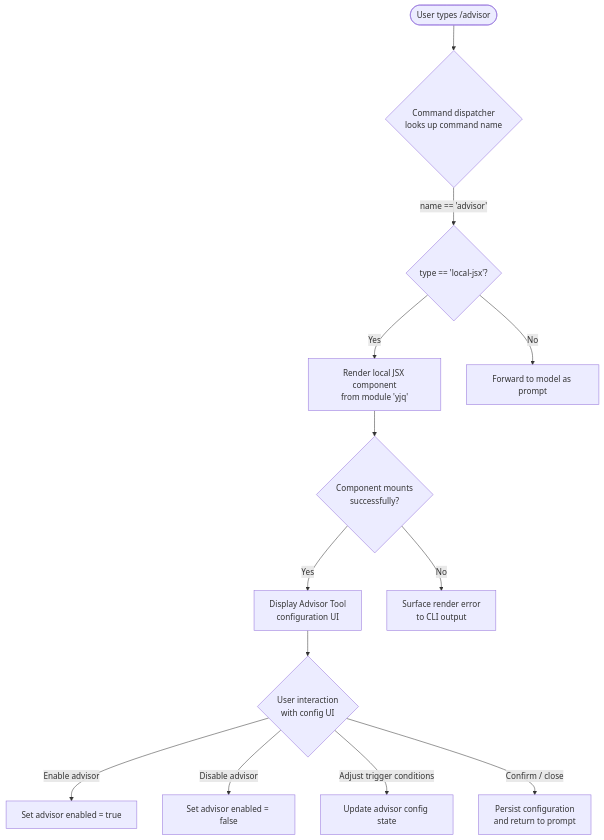
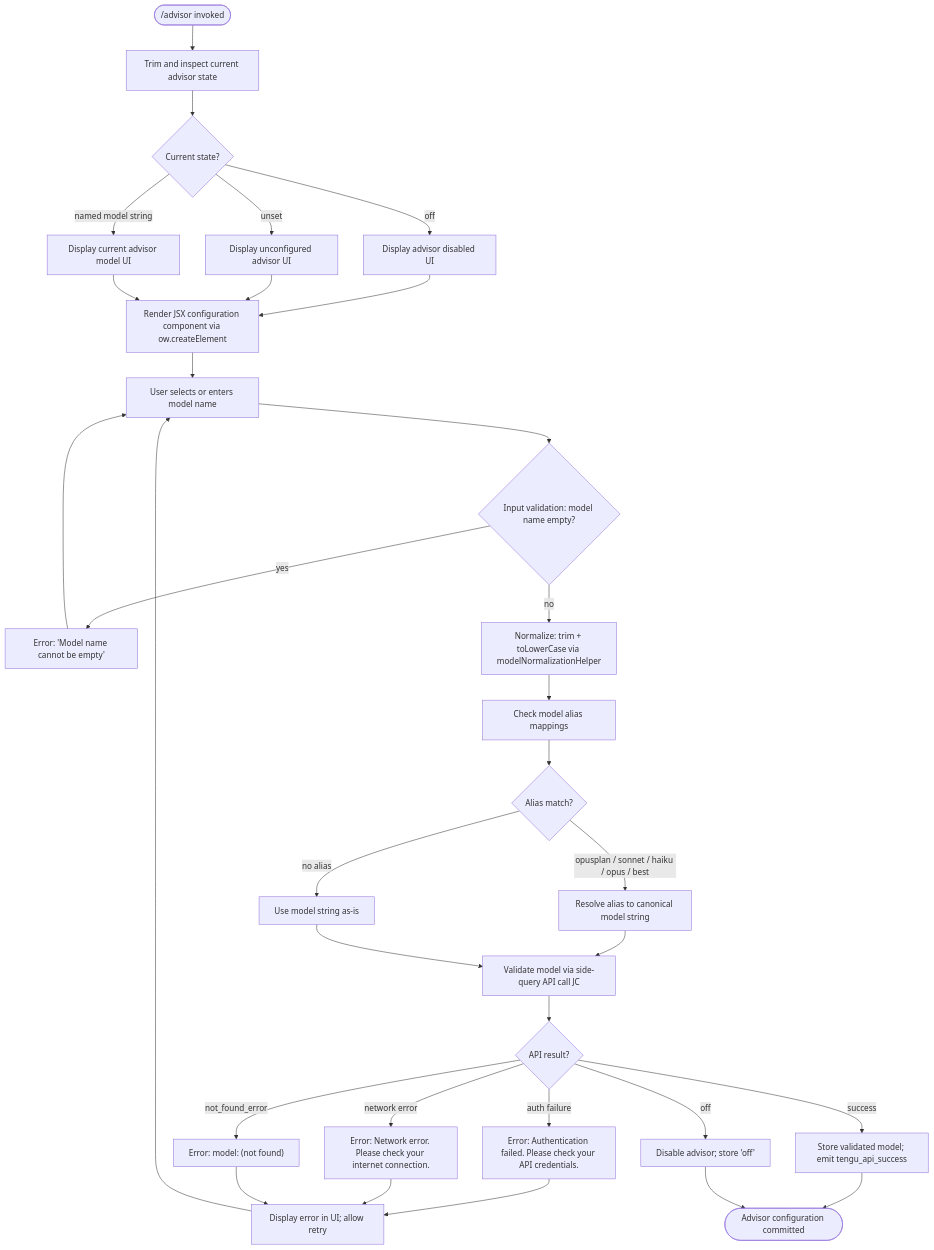
The diagram in versions/v2.1.139/advisor.md (MyLittleLuckyDog/cc-gnothi), drawn with Mermaid before and after one commit. The commit also changed other lines of this file and 97 other files, not shown here.

First line of the commit message:
feat(docs): v2.1.139 97/97 via batch-cached.sh parallel=2 retry

````diff
--- a/versions/v2.1.139/advisor.md
+++ b/versions/v2.1.139/advisor.md
@@ -50,15 +56,28 @@
 ```mermaid
 flowchart TD
-    A([User types /advisor]) --> B{Command dispatcher\nlooks up command name}
-    B -->|name == 'advisor'| C{type == 'local-jsx'?}
-    C -->|Yes| D[Render local JSX component\nfrom module 'yjq']
-    C -->|No| E[Forward to model as prompt]
-    D --> F{Component mounts\nsuccessfully?}
-    F -->|Yes| G[Display Advisor Tool\nconfiguration UI]
-    F -->|No| H[Surface render error\nto CLI output]
-    G --> I{User interaction\nwith config UI}
-    I -->|Enable advisor| J[Set advisor enabled = true]
-    I -->|Disable advisor| K[Set advisor enabled = false]
-    I -->|Adjust trigger conditions| L[Update advisor config state]
-    I -->|Confirm / close| M[Persist configuration\nand return to prompt]
+    A(["/advisor invoked"]) --> B[Trim and inspect current advisor state]
+    B --> C{Current state?}
+    C -- "off" --> D[Display advisor disabled UI]
+    C -- "unset" --> E[Display unconfigured advisor UI]
+    C -- "named model string" --> F[Display current advisor model UI]
+    D & E & F --> G[Render JSX configuration component via ow.createElement]
+    G --> H[User selects or enters model name]
+    H --> I{Input validation: model name empty?}
+    I -- "yes" --> J[Error: 'Model name cannot be empty']
+    I -- "no" --> K[Normalize: trim + toLowerCase via modelNormalizationHelper]
+    K --> L[Check model alias mappings]
+    L --> M{Alias match?}
+    M -- "opusplan / sonnet / haiku / opus / best" --> N[Resolve alias to canonical model string]
+    M -- "no alias" --> O[Use model string as-is]
+    N & O --> P[Validate model via side-query API call JC]
+    P --> Q{API result?}
+    Q -- "auth failure" --> R["Error: Authentication failed. Please check your API credentials."]
+    Q -- "network error" --> S["Error: Network error. Please check your internet connection."]
+    Q -- "not_found_error" --> T["Error: model: <model_id> (not found)"]
+    Q -- "success" --> U[Store validated model; emit tengu_api_success]
+    Q -- "off" --> V[Disable advisor; store 'off']
+    R & S & T --> W[Display error in UI; allow retry]
+    U & V --> X([Advisor configuration committed])
+    J --> H
+    W --> H
 ```
````
